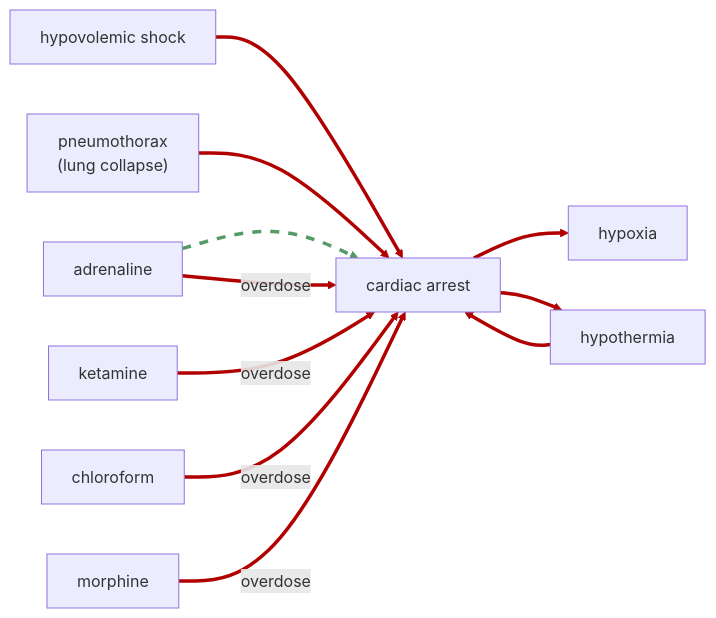
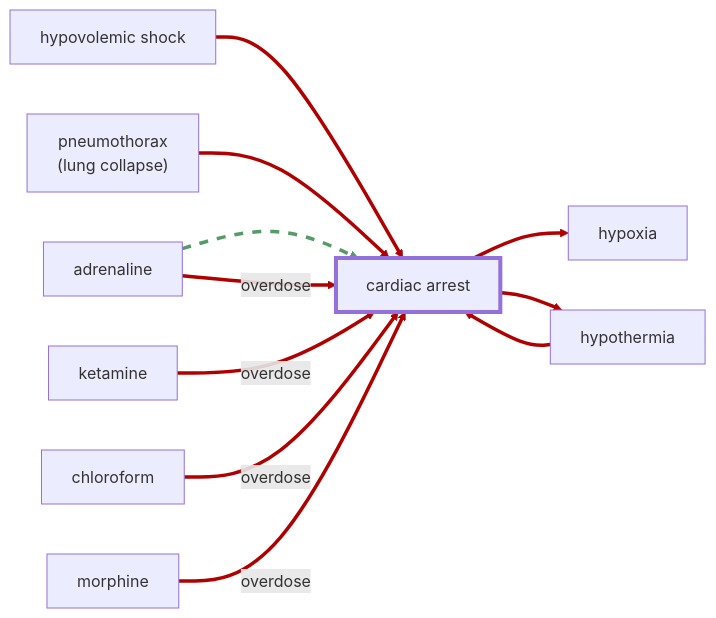
One commit to frederik-hoeft/rimworld-more-injuries changed the eighth of 28 diagrams in README.md. Above: the diagram before and after it, drawn with Mermaid. The commit also changed other lines of this file and 14 other files, not shown here.

````diff
--- a/README.md
+++ b/README.md
@@ -439,22 +444,23 @@
 ```mermaid
 ---
 config:
   flowchart:
     htmlLabels: true
 ---
 flowchart LR
 hypovolemic_shock[hypovolemic shock] ==> cardiac_arrest[cardiac arrest]
 pneumothorax["pneumothorax
 (lung collapse)"] ==> cardiac_arrest
 adrenaline[adrenaline] ==> cardiac_arrest
 adrenaline ==> |overdose| cardiac_arrest
 cardiac_arrest ==> hypoxia[hypoxia]
 cardiac_arrest ==> hypothermia[hypothermia]
 hypothermia ==> cardiac_arrest
 ketamine[ketamine] ==> | overdose | cardiac_arrest
 chloroform[chloroform] ==> | overdose | cardiac_arrest
 morphine[morphine] ==> | overdose | cardiac_arrest
 
 linkStyle 0,1,3,4,5,6,7,8,9 stroke: #b10000
 linkStyle 2 stroke: #549b68, stroke-dasharray: 9,5
+style cardiac_arrest stroke-width: 4px
 ```
````
